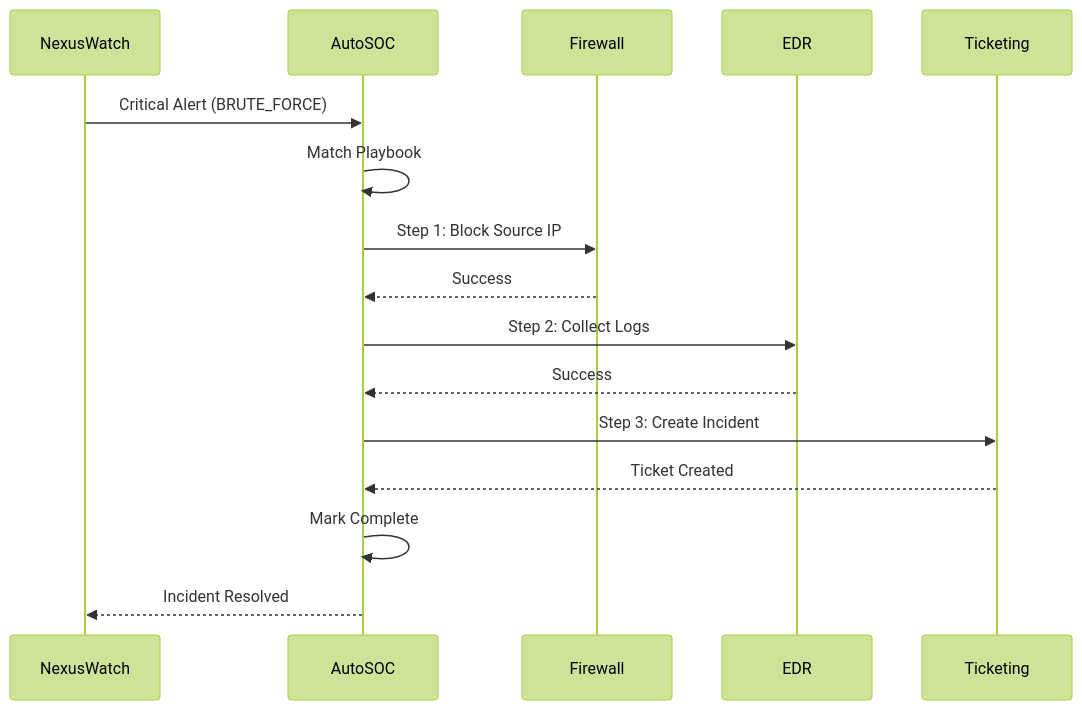
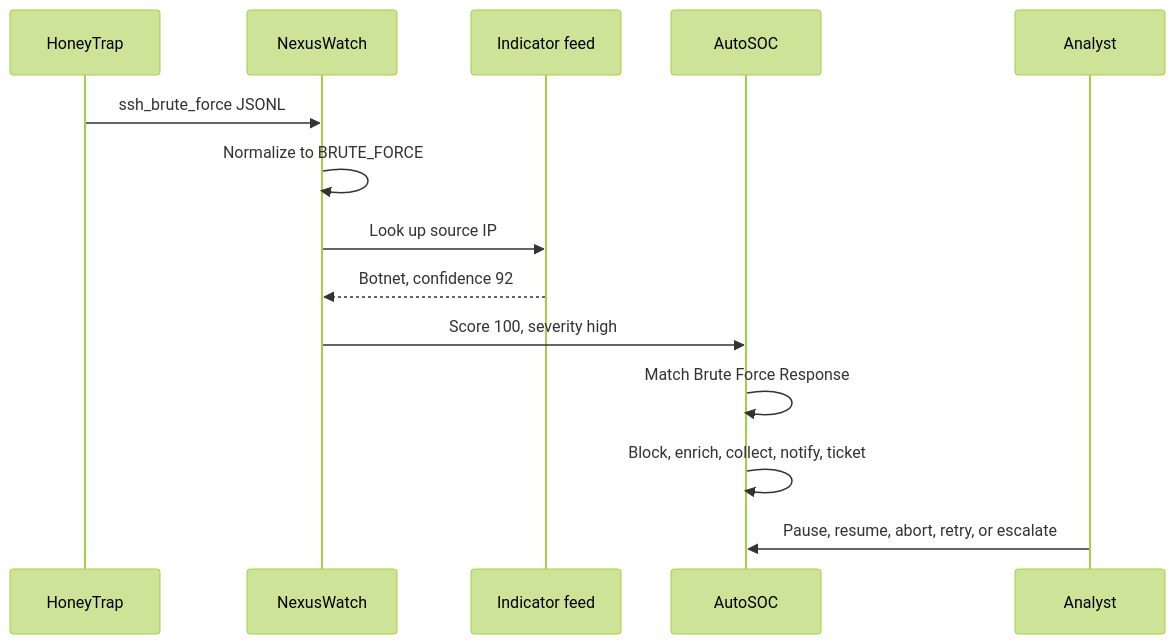
One commit to lloredia/AutoSOC changed the second of 2 diagrams in README.md. Above: the diagram before and after it, drawn with Mermaid (forest theme). The commit also changed other lines of this file and 53 other files, not shown here.

First line of the commit message:
Consolidate NexusWatch detection into AutoSOC

````diff
--- a/README.md
+++ b/README.md
@@ -83,19 +63,17 @@
 ```mermaid
 sequenceDiagram
-    participant NW as NexusWatch
-    participant AS as AutoSOC
-    participant FW as Firewall
-    participant EDR as EDR
-    participant TK as Ticketing
+  participant HT as HoneyTrap
+  participant NW as NexusWatch
+  participant SF as Indicator feed
+  participant AS as AutoSOC
+  participant AN as Analyst
 
-    NW->>AS: Critical Alert (BRUTE_FORCE)
-    AS->>AS: Match Playbook
-    AS->>FW: Step 1: Block Source IP
-    FW-->>AS: Success
-    AS->>EDR: Step 2: Collect Logs
-    EDR-->>AS: Success
-    AS->>TK: Step 3: Create Incident
-    TK-->>AS: Ticket Created
-    AS->>AS: Mark Complete
-    AS-->>NW: Incident Resolved
+  HT->>NW: ssh_brute_force JSONL
+  NW->>NW: Normalize to BRUTE_FORCE
+  NW->>SF: Look up source IP
+  SF-->>NW: Botnet, confidence 92
+  NW->>AS: Score 100, severity high
+  AS->>AS: Match Brute Force Response
+  AS->>AS: Block, enrich, collect, notify, ticket
+  AN->>AS: Pause, resume, abort, retry, or escalate
 ```
````
